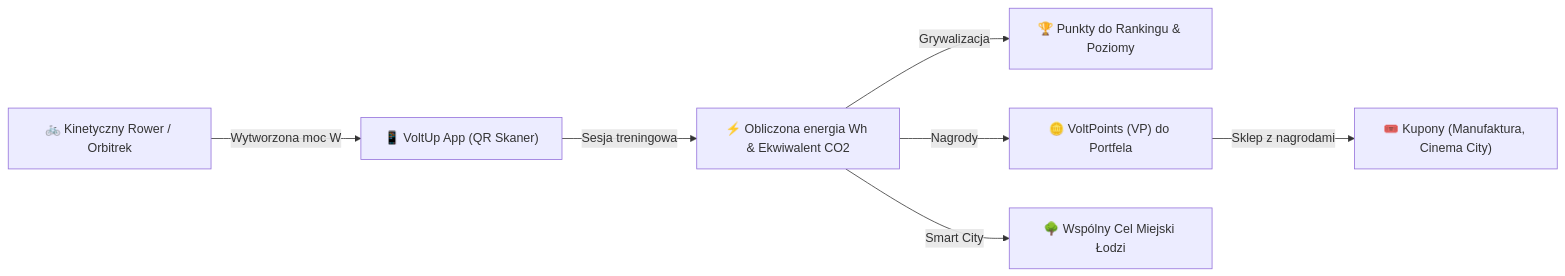
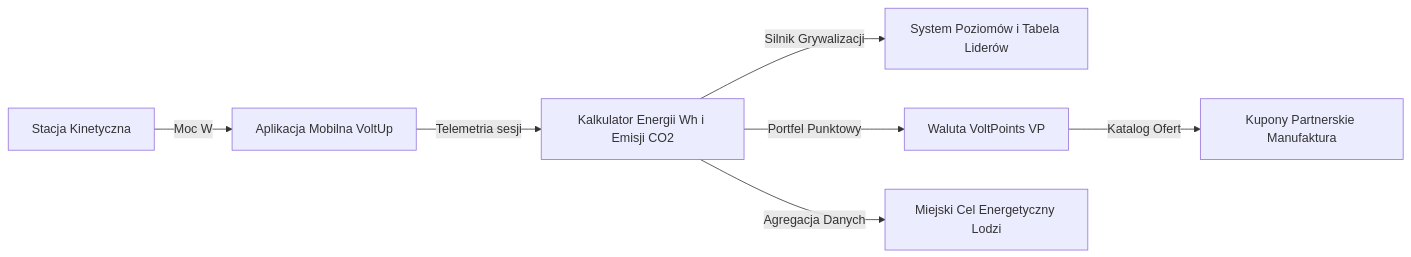
Before and after one commit to LukaszMatecki/HealthUp: the diagram in README.md, drawn with Mermaid. The commit also changed other lines of this file, not shown here.

````diff
--- a/README.md
+++ b/README.md
@@ -49,9 +32,9 @@
 ```mermaid
 flowchart LR
-    A["🚲 Kinetyczny Rower / Orbitrek"] -->|Wytworzona moc W| B["📱 VoltUp App (QR Skaner)"]
-    B -->|Sesja treningowa| C["⚡ Obliczona energia Wh & Ekwiwalent CO2"]
-    C -->|Grywalizacja| D["🏆 Punkty do Rankingu & Poziomy"]
-    C -->|Nagrody| E["🪙 VoltPoints (VP) do Portfela"]
-    E -->|Sklep z nagrodami| F["🎟️ Kupony (Manufaktura, Cinema City)"]
-    C -->|Smart City| G["🌳 Wspólny Cel Miejski Łodzi"]
+    A["Stacja Kinetyczna"] -->|Moc W| B["Aplikacja Mobilna VoltUp"]
+    B -->|Telemetria sesji| C["Kalkulator Energii Wh i Emisji CO2"]
+    C -->|Silnik Grywalizacji| D["System Poziomów i Tabela Liderów"]
+    C -->|Portfel Punktowy| E["Waluta VoltPoints VP"]
+    E -->|Katalog Ofert| F["Kupony Partnerskie Manufaktura"]
+    C -->|Agregacja Danych| G["Miejski Cel Energetyczny Lodzi"]
 ```
````
